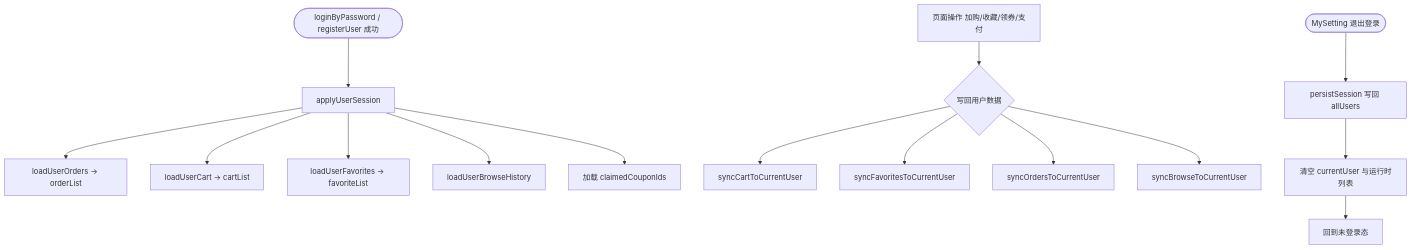
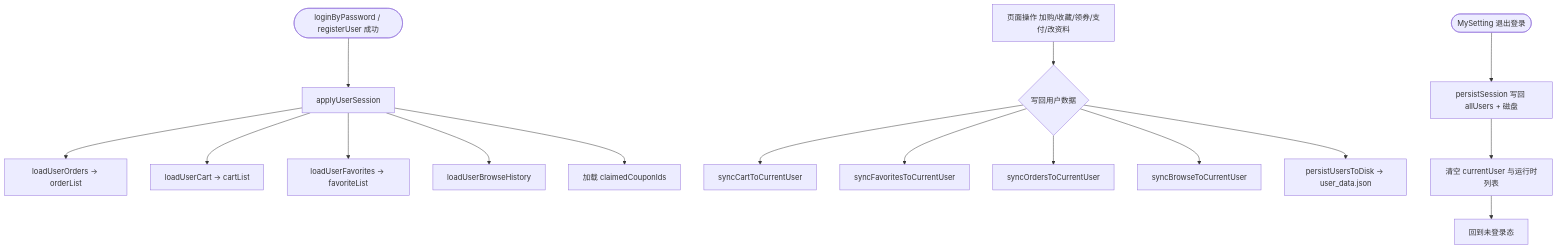
Before and after one commit to BuSu-twl/arkts-app: the eighth of 9 diagrams in docs/PROJECT.md, drawn with Mermaid. The commit also changed other lines of this file and 1 other file, not shown here.

````diff
--- a/docs/PROJECT.md
+++ b/docs/PROJECT.md
@@ -392,19 +406,20 @@
 ```mermaid
 flowchart TD
   LOGIN_OK([loginByPassword / registerUser 成功]) --> APPLY[applyUserSession]
   APPLY --> LOAD_O[loadUserOrders → orderList]
   APPLY --> LOAD_C[loadUserCart → cartList]
   APPLY --> LOAD_F[loadUserFavorites → favoriteList]
   APPLY --> LOAD_B[loadUserBrowseHistory]
   APPLY --> LOAD_CP[加载 claimedCouponIds]
 
-  USE[页面操作 加购/收藏/领券/支付] --> SYNC{写回用户数据}
+  USE[页面操作 加购/收藏/领券/支付/改资料] --> SYNC{写回用户数据}
   SYNC --> SYNC_C[syncCartToCurrentUser]
   SYNC --> SYNC_F[syncFavoritesToCurrentUser]
   SYNC --> SYNC_O[syncOrdersToCurrentUser]
   SYNC --> SYNC_B[syncBrowseToCurrentUser]
+  SYNC --> DISK[persistUsersToDisk → user_data.json]
 
-  LOGOUT([MySetting 退出登录]) --> PERSIST[persistSession 写回 allUsers]
+  LOGOUT([MySetting 退出登录]) --> PERSIST[persistSession 写回 allUsers + 磁盘]
   PERSIST --> CLEAR[清空 currentUser 与运行时列表]
   CLEAR --> IDLE[回到未登录态]
 ```
````
